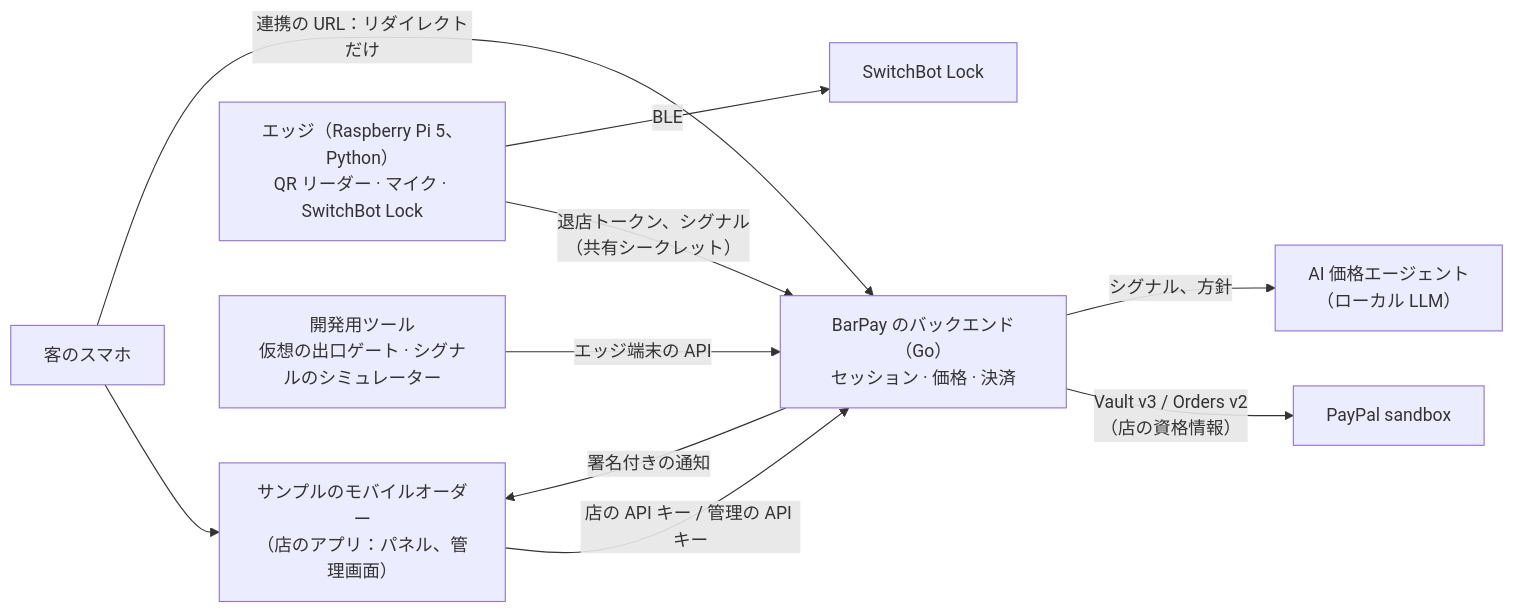
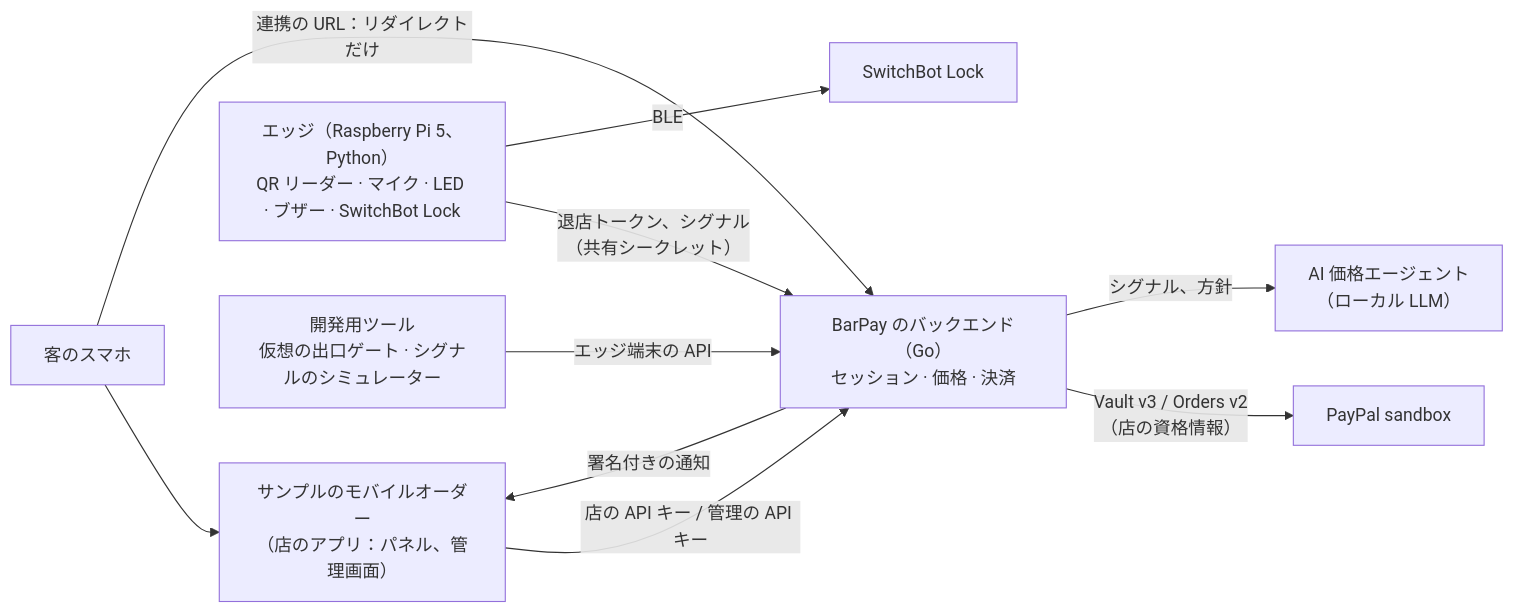
The fourth of 4 diagrams in docs/PRD.ja.md (sumiredc/barpay), drawn with Mermaid before and after one commit. The commit also changed other lines of this file and 2 other files, not shown here.

First line of the commit message:
Settle the real edge device's indicator, reader, lock and liveliness in the PRD

````diff
--- a/docs/PRD.ja.md
+++ b/docs/PRD.ja.md
@@ -343,12 +361,12 @@
 ```mermaid
 flowchart LR
   Phone["客のスマホ"] --> App["サンプルのモバイルオーダー<br/>（店のアプリ：パネル、管理画面）"]
   Phone -- "連携の URL：リダイレクトだけ" --> API
   App -- "店の API キー / 管理の API キー" --> API
   API -- "署名付きの通知" --> App
   API["BarPay のバックエンド（Go）<br/>セッション · 価格 · 決済"] -- "Vault v3 / Orders v2<br/>（店の資格情報）" --> PP["PayPal sandbox"]
   API -- "シグナル、方針" --> LLM["AI 価格エージェント<br/>（ローカル LLM）"]
-  Edge["エッジ（Raspberry Pi 5、Python）<br/>QR リーダー · マイク · SwitchBot Lock"] -- "退店トークン、シグナル<br/>（共有シークレット）" --> API
+  Edge["エッジ（Raspberry Pi 5、Python）<br/>QR リーダー · マイク · LED · ブザー · SwitchBot Lock"] -- "退店トークン、シグナル<br/>（共有シークレット）" --> API
   Edge -- BLE --> Lock["SwitchBot Lock"]
   Dev["開発用ツール<br/>仮想の出口ゲート · シグナルのシミュレーター"] -- "エッジ端末の API" --> API
 ```
````
